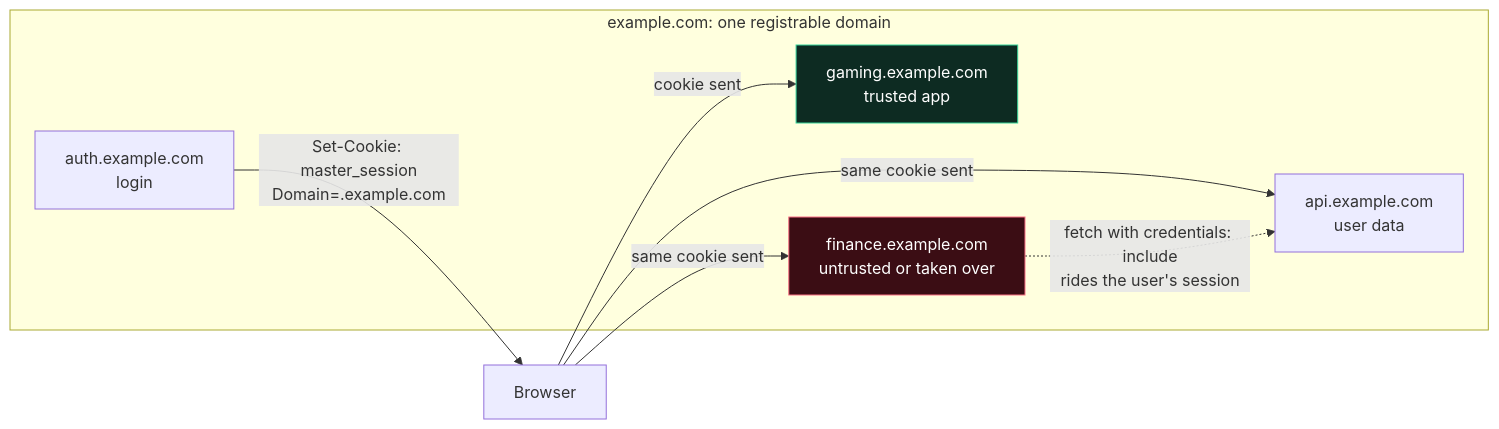
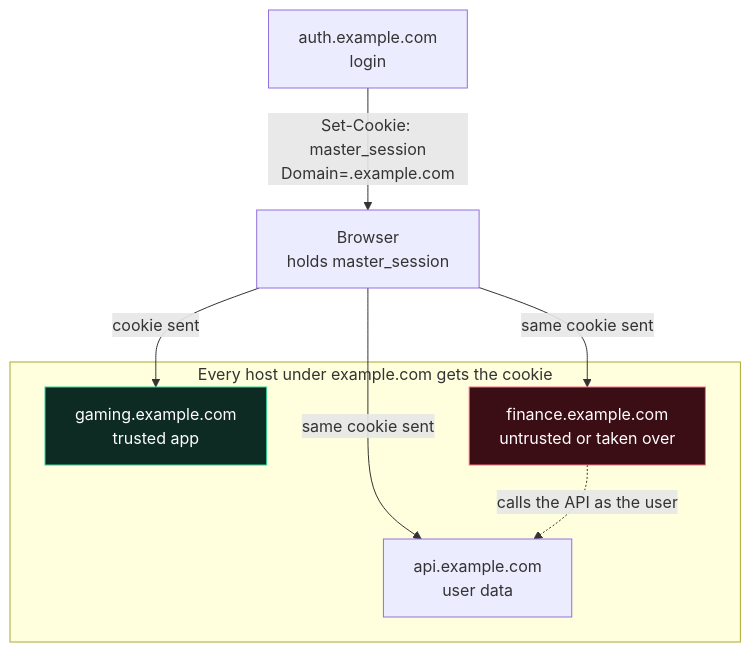
One commit to ZeeshanAdilButt/backend-security-challenges changed the first of 2 diagrams in README.md. Above: the diagram before and after it, drawn with Mermaid. The commit also changed other lines of this file, not shown here.

Commit message:
Lay out README diagrams top-down so they stay readable

````diff
--- a/README.md
+++ b/README.md
@@ -36,20 +36,20 @@
 ```mermaid
-flowchart LR
-    U["Browser"]
-    subgraph apex["example.com: one registrable domain"]
-        A["auth.example.com<br/>login"]
+flowchart TD
+    A["auth.example.com<br/>login"]
+    U["Browser<br/>holds master_session"]
+    subgraph apex["Every host under example.com gets the cookie"]
         G["gaming.example.com<br/>trusted app"]
         F["finance.example.com<br/>untrusted or taken over"]
         API["api.example.com<br/>user data"]
     end
     A -- "Set-Cookie: master_session<br/>Domain=.example.com" --> U
     U -- "cookie sent" --> G
     U -- "same cookie sent" --> F
     U -- "same cookie sent" --> API
-    F -. "fetch with credentials: include<br/>rides the user's session" .-> API
+    F -. "calls the API as the user" .-> API
 
     classDef bad fill:#3b0d14,stroke:#fb7185,color:#ffffff
     classDef ok fill:#0d2b22,stroke:#34d399,color:#ffffff
     class F bad
     class G ok
 ```
````
